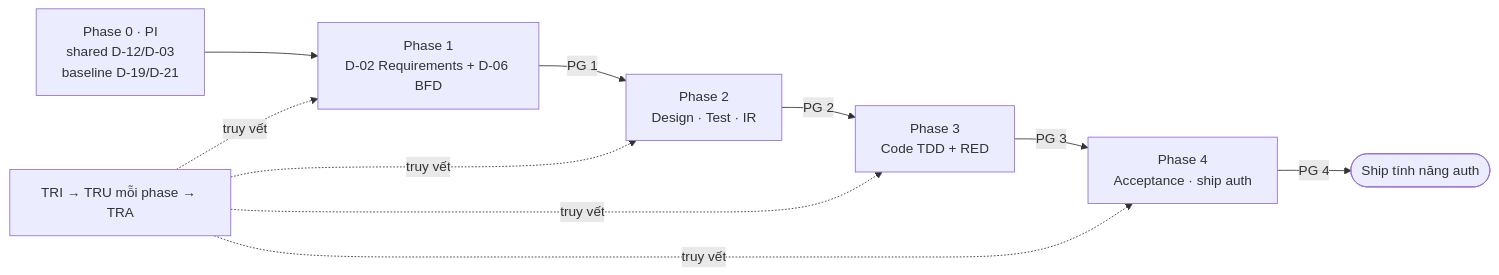
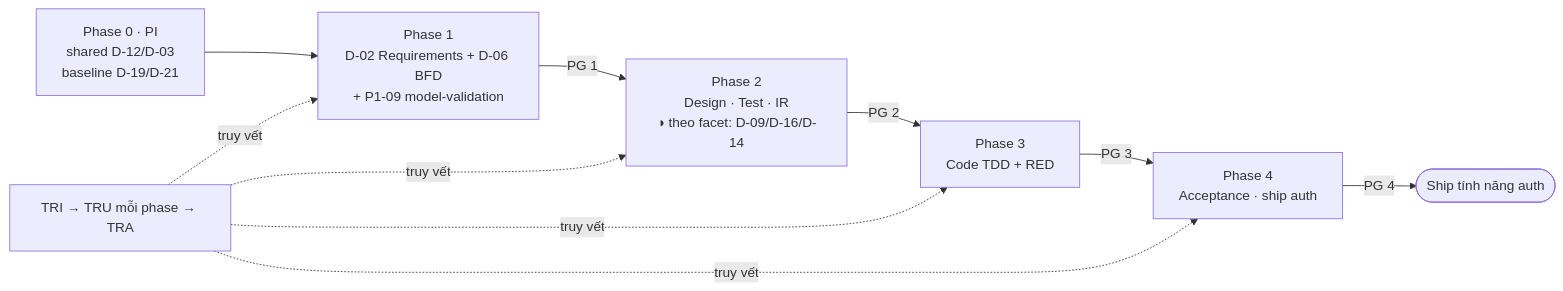
One commit to hanh9898/waterfall-bmad-method changed the second of 2 diagrams in docs/vi/tutorials/getting-started-hbc.md. Above: the diagram before and after it, drawn with Mermaid. The commit also changed other lines of this file and 52 other files, not shown here.

````diff
--- a/docs/vi/tutorials/getting-started-hbc.md
+++ b/docs/vi/tutorials/getting-started-hbc.md
@@ -271,8 +280,8 @@
 ```mermaid
 flowchart LR
     PI["Phase 0 · PI<br/>shared D-12/D-03<br/>baseline D-19/D-21"] --> P1
-    P1["Phase 1<br/>D-02 Requirements + D-06 BFD"] -->|PG 1| P2["Phase 2<br/>Design · Test · IR"]
+    P1["Phase 1<br/>D-02 Requirements + D-06 BFD<br/>+ P1-09 model-validation"] -->|PG 1| P2["Phase 2<br/>Design · Test · IR<br/>◑ theo facet: D-09/D-16/D-14"]
     P2 -->|PG 2| P3["Phase 3<br/>Code TDD + RED"] -->|PG 3| P4["Phase 4<br/>Acceptance · ship auth"]
     P4 -->|PG 4| DONE([Ship tính năng auth])
     TR["TRI → TRU mỗi phase → TRA"] -.->|truy vết| P1 & P2 & P3 & P4
 ```
````
